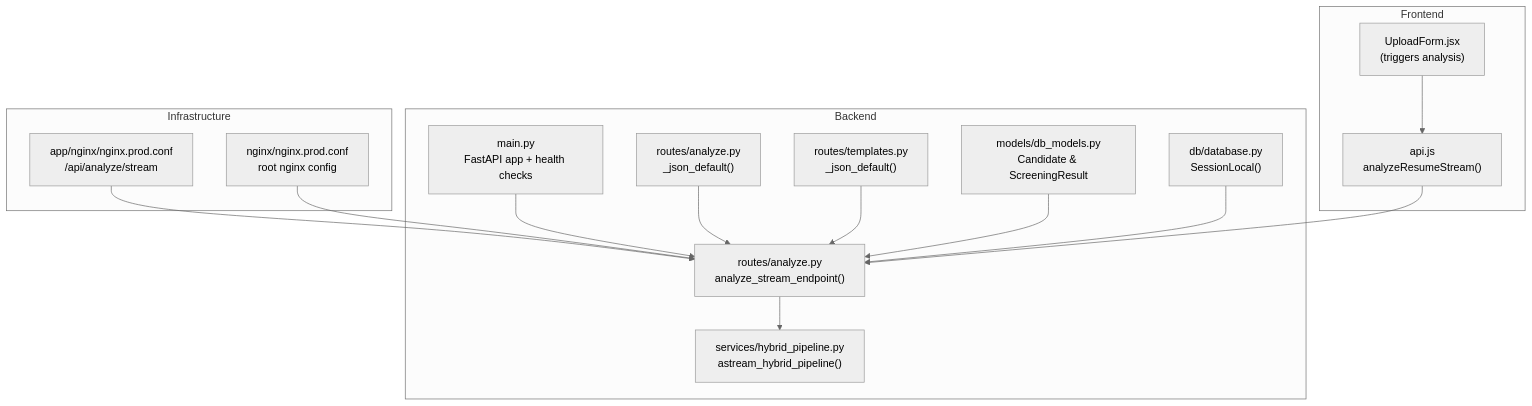
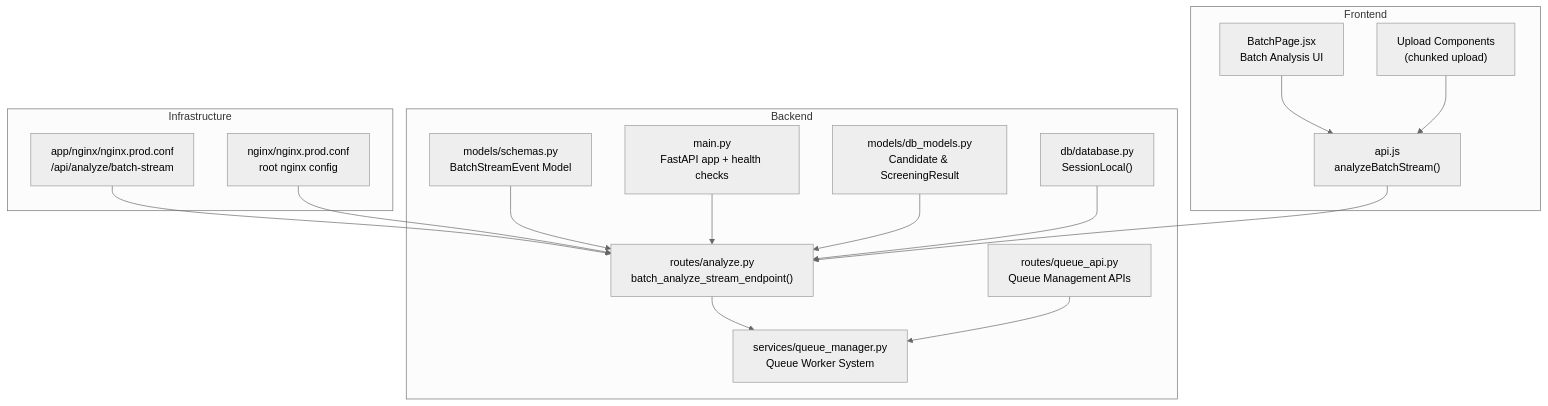
One commit to Revanththetalogics/aireume changed the first of 3 diagrams in .qoder/repowiki/en/content/API Reference/Analysis Endpoints/Streaming Analysis.md. Above: the diagram before and after it, drawn with Mermaid (neutral theme). The commit also changed other lines of this file and 61 other files, not shown here.

````diff
--- a/.qoder/repowiki/en/content/API Reference/Analysis Endpoints/Streaming Analysis.md
+++ b/.qoder/repowiki/en/content/API Reference/Analysis Endpoints/Streaming Analysis.md
@@ -46,30 +48,32 @@
 ```mermaid
 graph TB
 subgraph "Frontend"
-FE_API["api.js<br/>analyzeResumeStream()"]
-FE_UI["UploadForm.jsx<br/>(triggers analysis)"]
+FE_API["api.js<br/>analyzeBatchStream()"]
+FE_BATCH["BatchPage.jsx<br/>Batch Analysis UI"]
+FE_UPLOAD["Upload Components<br/>(chunked upload)"]
 end
 subgraph "Backend"
-ROUTES["routes/analyze.py<br/>analyze_stream_endpoint()"]
-PIPELINE["services/hybrid_pipeline.py<br/>astream_hybrid_pipeline()"]
+ROUTES["routes/analyze.py<br/>batch_analyze_stream_endpoint()"]
+QUEUE_API["routes/queue_api.py<br/>Queue Management APIs"]
+QUEUE_MANAGER["services/queue_manager.py<br/>Queue Worker System"]
+SCHEMA["models/schemas.py<br/>BatchStreamEvent Model"]
 MAIN["main.py<br/>FastAPI app + health checks"]
-ENDPOINT["routes/analyze.py<br/>_json_default()"]
-SERIALIZER["routes/templates.py<br/>_json_default()"]
 DB_MODELS["models/db_models.py<br/>Candidate & ScreeningResult"]
 DB_SESSION["db/database.py<br/>SessionLocal()"]
 end
 subgraph "Infrastructure"
-NGINX_APP["app/nginx/nginx.prod.conf<br/>/api/analyze/stream"]
+NGINX_APP["app/nginx/nginx.prod.conf<br/>/api/analyze/batch-stream"]
 NGINX_ROOT["nginx/nginx.prod.conf<br/>root nginx config"]
 end
 FE_API --> ROUTES
-FE_UI --> FE_API
-ROUTES --> PIPELINE
+FE_BATCH --> FE_API
+FE_UPLOAD --> FE_API
+ROUTES --> QUEUE_MANAGER
+QUEUE_API --> QUEUE_MANAGER
 MAIN --> ROUTES
 NGINX_APP --> ROUTES
 NGINX_ROOT --> ROUTES
-ENDPOINT --> ROUTES
-SERIALIZER --> ROUTES
+SCHEMA --> ROUTES
 DB_MODELS --> ROUTES
 DB_SESSION --> ROUTES
 ```
````
